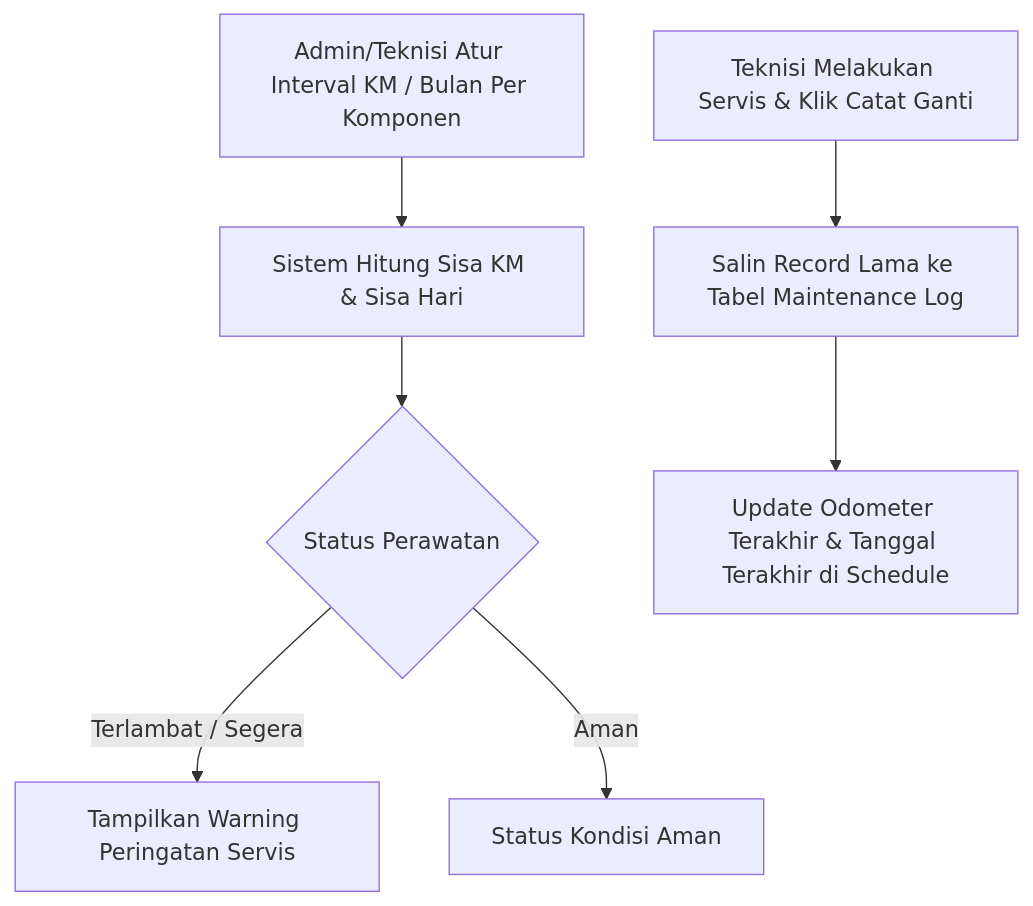
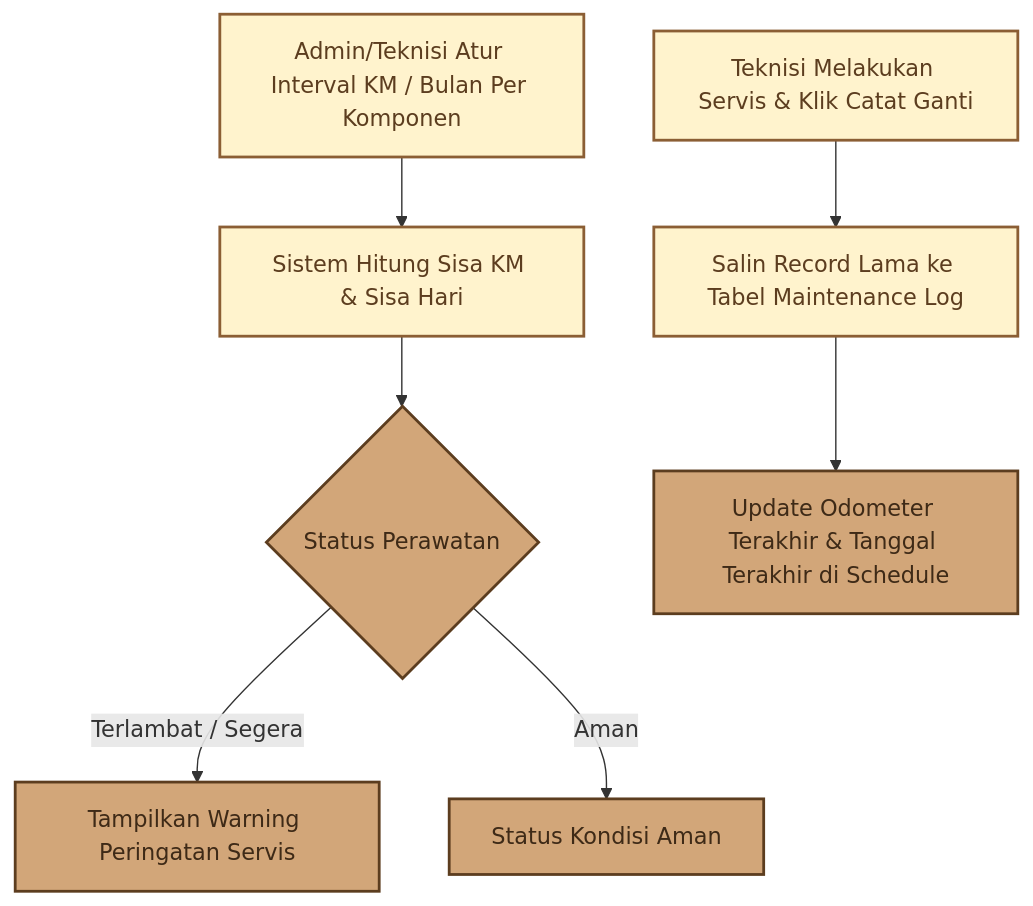
Before and after one commit to nazwasalsabila181718-droid/manajemen_perawatan: the seventh of 13 diagrams in docs/DOKUMENTASI_MODULE_SISTEM.md, drawn with Mermaid. The commit also changed other lines of this file, not shown here.

Commit message:
style: tambahkan tema warna kuning-coklat pada diagram mermaid

````diff
--- a/docs/DOKUMENTASI_MODULE_SISTEM.md
+++ b/docs/DOKUMENTASI_MODULE_SISTEM.md
@@ -156,9 +192,15 @@
 ```mermaid
 flowchart TD
+    classDef default fill:#FFF3CD,stroke:#8B5E34,stroke-width:2px,color:#5C3D1F;
+    classDef highlight fill:#D2A679,stroke:#5C3D1F,stroke-width:2px,color:#3E2A17;
+
     A[Admin/Teknisi Atur Interval KM / Bulan Per Komponen] --> B[Sistem Hitung Sisa KM & Sisa Hari]
     B --> C{Status Perawatan}
     C -- Terlambat / Segera --> D[Tampilkan Warning Peringatan Servis]
     C -- Aman --> E[Status Kondisi Aman]
     F[Teknisi Melakukan Servis & Klik Catat Ganti] --> G[Salin Record Lama ke Tabel Maintenance Log]
     G --> H[Update Odometer Terakhir & Tanggal Terakhir di Schedule]
+
+    class A,B,F,G default;
+    class C,D,E,H highlight;
 ```
````
